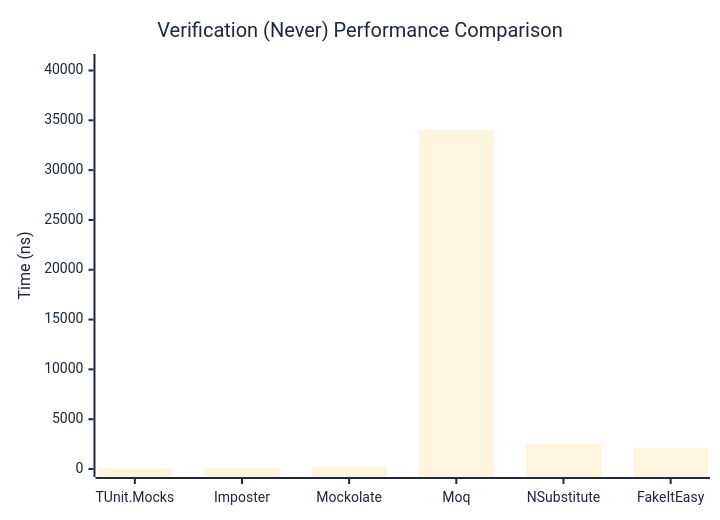
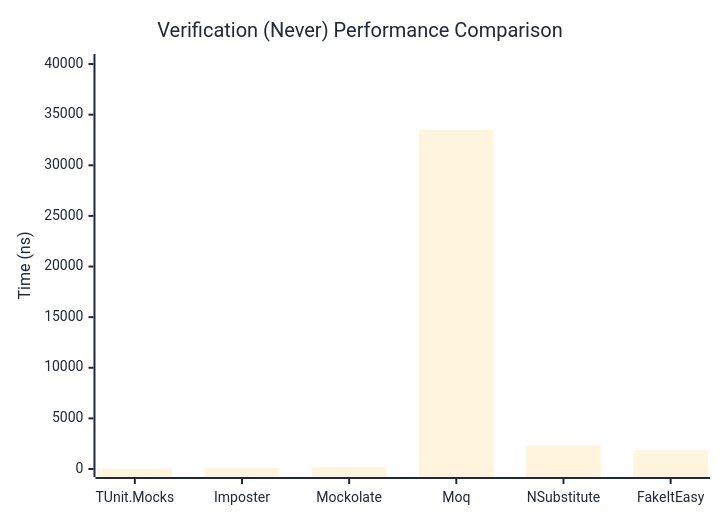
One commit to thomhurst/TUnit changed the second of 3 diagrams in docs/docs/benchmarks/mocks/Verification.md. Above: the diagram before and after it, drawn with Mermaid. The commit also changed other lines of this file and 14 other files, not shown here.

````diff
--- a/docs/docs/benchmarks/mocks/Verification.md
+++ b/docs/docs/benchmarks/mocks/Verification.md
@@ -71,27 +71,27 @@
 ```mermaid
 %%{init: {
   'theme':'base',
   'themeVariables': {
     'primaryColor': '#2563eb',
     'primaryTextColor': '#1f2937',
     'primaryBorderColor': '#1e40af',
     'lineColor': '#6b7280',
     'secondaryColor': '#7c3aed',
     'tertiaryColor': '#dc2626',
     'background': '#ffffff',
     'pie1': '#2563eb',
     'pie2': '#7c3aed',
     'pie3': '#dc2626',
     'pie4': '#f59e0b',
     'pie5': '#10b981',
     'pie6': '#06b6d4',
     'pie7': '#ec4899',
     'pie8': '#6366f1'
   }
 }}%%
 xychart-beta
   title "Verification (Never) Performance Comparison"
   x-axis ["TUnit.Mocks", "Imposter", "Mockolate", "Moq", "NSubstitute", "FakeItEasy"]
-  y-axis "Time (ns)" 0 --> 40853
-  bar [46.55, 119.62, 199.28, 34044.1, 2506.69, 2134.31]
+  y-axis "Time (ns)" 0 --> 40203
+  bar [42.6, 109.34, 181.87, 33501.78, 2319.19, 1856.54]
 ```
````
